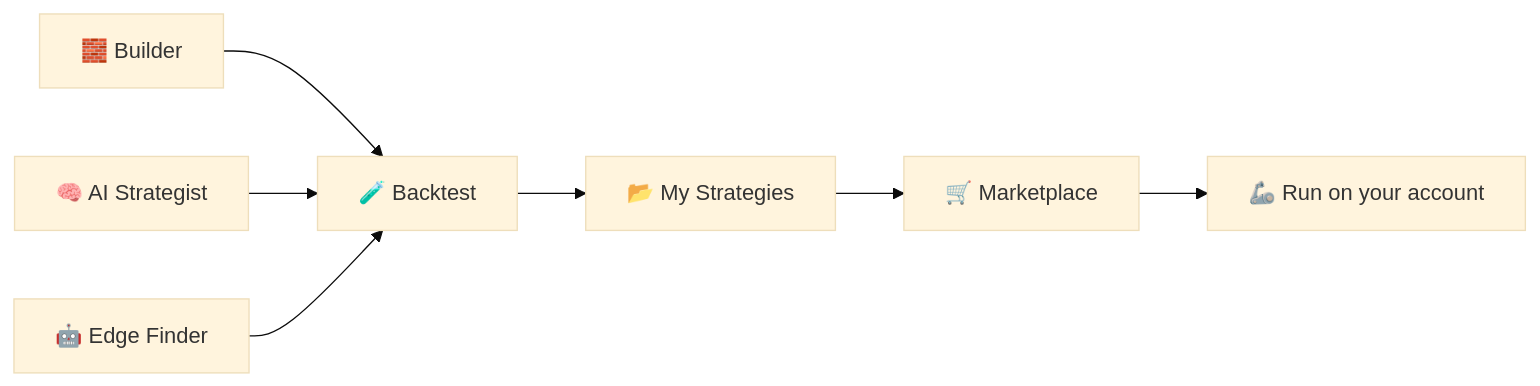
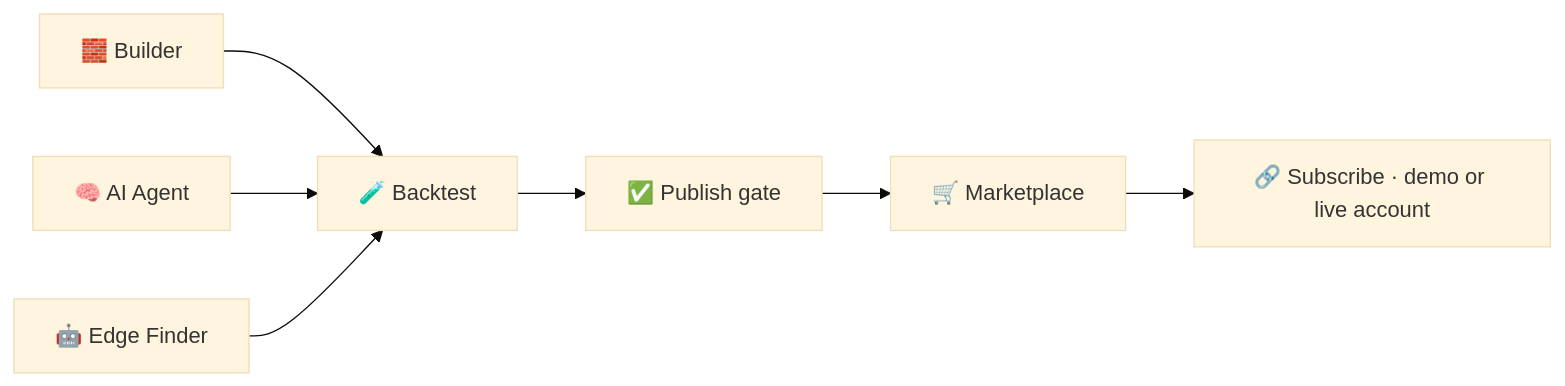
Before and after one commit to formionai/docs: the diagram in strategy-lab.md, drawn with Mermaid (base theme). The commit also changed other lines of this file and 47 other files, not shown here.

````diff
--- a/strategy-lab.md
+++ b/strategy-lab.md
@@ -7,9 +7,9 @@
 ```mermaid
 flowchart LR
   B["🧱 Builder"] --> BT["🧪 Backtest"]
-  AI["🧠 AI Strategist"] --> BT
+  AI["🧠 AI Agent"] --> BT
   EF["🤖 Edge Finder"] --> BT
-  BT --> MS["📂 My Strategies"]
-  MS --> MK["🛒 Marketplace"]
-  MK --> RUN["🦾 Run on your account"]
+  BT --> PUB["✅ Publish gate"]
+  PUB --> MK["🛒 Marketplace"]
+  MK --> SUB["🔗 Subscribe · demo or live account"]
 ```
````
